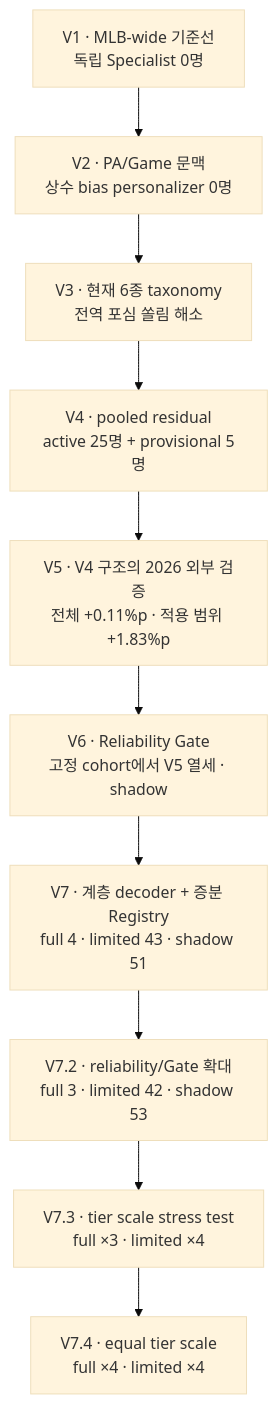
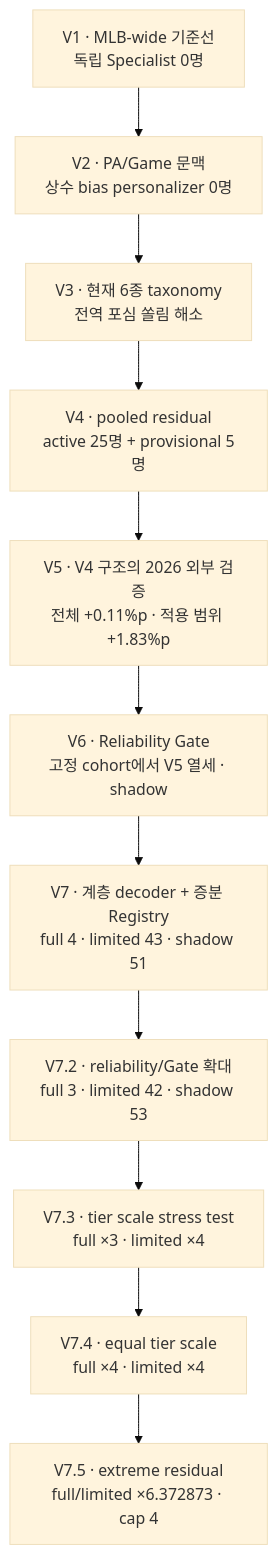
The first of 2 diagrams in reports/README.md (madcamp-official/OyarZabal), drawn with Mermaid (base theme) before and after one commit. The commit also changed other lines of this file and 6 other files, not shown here.

````diff
--- a/reports/README.md
+++ b/reports/README.md
@@ -28,14 +30,15 @@
 ```mermaid
 flowchart TD
     V1["V1 · MLB-wide 기준선<br/>독립 Specialist 0명"]
     V2["V2 · PA/Game 문맥<br/>상수 bias personalizer 0명"]
     V3["V3 · 현재 6종 taxonomy<br/>전역 포심 쏠림 해소"]
     V4["V4 · pooled residual<br/>active 25명 + provisional 5명"]
     V5["V5 · V4 구조의 2026 외부 검증<br/>전체 +0.11%p · 적용 범위 +1.83%p"]
     V6["V6 · Reliability Gate<br/>고정 cohort에서 V5 열세 · shadow"]
     V7["V7 · 계층 decoder + 증분 Registry<br/>full 4 · limited 43 · shadow 51"]
     V72["V7.2 · reliability/Gate 확대<br/>full 3 · limited 42 · shadow 53"]
     V73["V7.3 · tier scale stress test<br/>full ×3 · limited ×4"]
     V74["V7.4 · equal tier scale<br/>full ×4 · limited ×4"]
-    V1 --> V2 --> V3 --> V4 --> V5 --> V6 --> V7 --> V72 --> V73 --> V74
+    V75["V7.5 · extreme residual<br/>full/limited ×6.372873 · cap 4"]
+    V1 --> V2 --> V3 --> V4 --> V5 --> V6 --> V7 --> V72 --> V73 --> V74 --> V75
 ```
````
